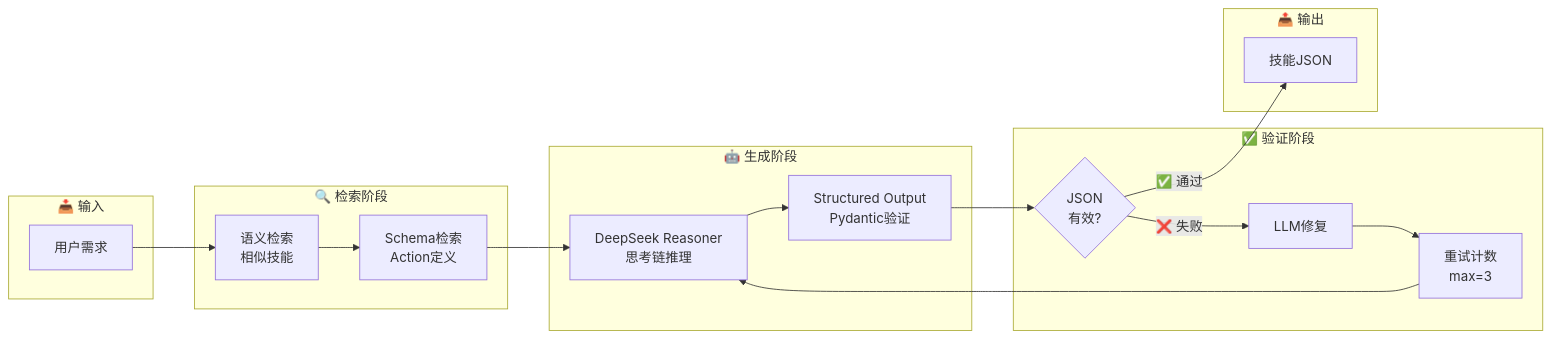
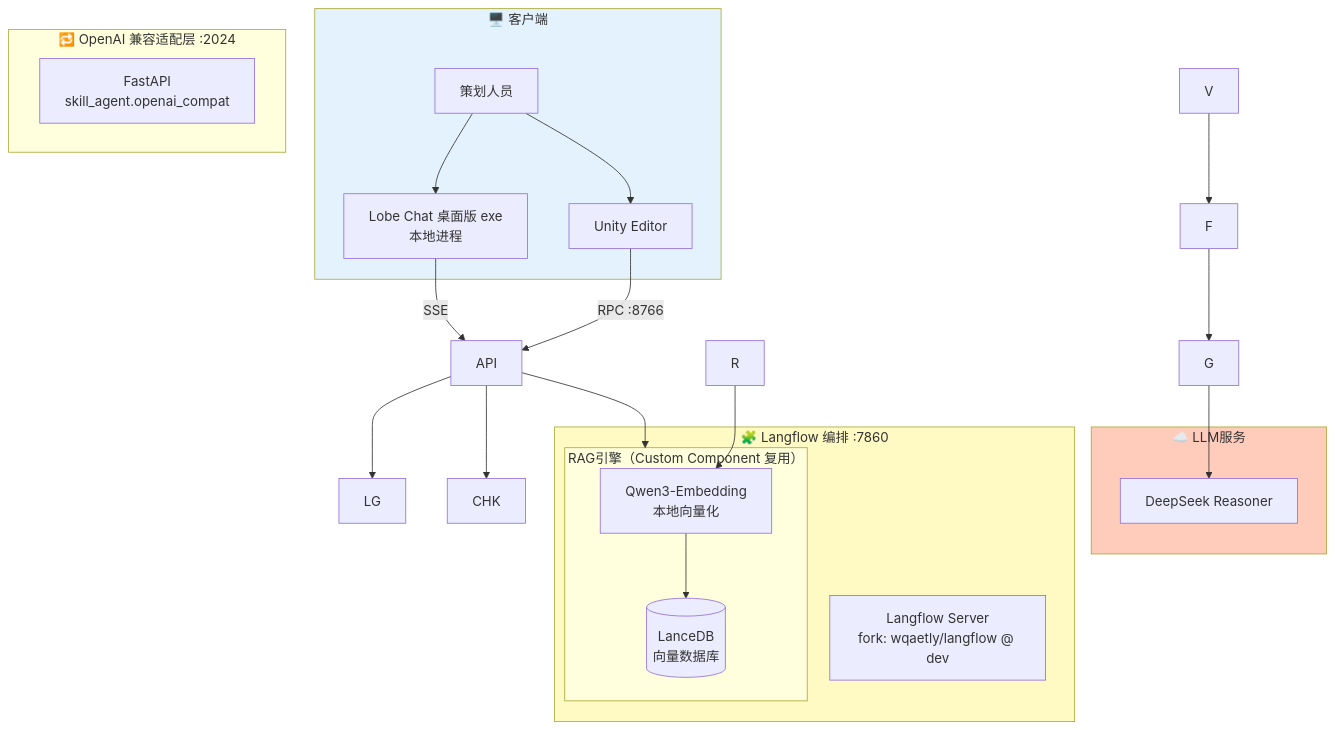
One commit to wqaetly/ai_agent_for_skill changed the third of 5 diagrams in README.md. Above: the diagram before and after it, drawn with Mermaid. The commit also changed other lines of this file and 191 other files, not shown here.

````diff
--- a/README.md
+++ b/README.md
@@ -195,30 +250,42 @@
 ```mermaid
-flowchart LR
-    subgraph Input["📥 输入"]
-        A[用户需求]
+flowchart TB
+    subgraph Client["🖥️ 客户端"]
+        U[策划人员]
+        WEB[Lobe Chat 桌面版 exe<br/>本地进程]
+        UNITY[Unity Editor]
     end
 
-    subgraph Retrieve["🔍 检索阶段"]
-        B[语义检索<br/>相似技能]
-        C[Schema检索<br/>Action定义]
+    subgraph Adapter["🔁 OpenAI 兼容适配层 :2024"]
+        ADP[FastAPI<br/>skill_agent.openai_compat]
     end
 
-    subgraph Generate["🤖 生成阶段"]
-        D[DeepSeek Reasoner<br/>思考链推理]
-        E[Structured Output<br/>Pydantic验证]
+    subgraph Backend["🧩 Langflow 编排 :7860"]
+        LF[Langflow Server<br/>fork: wqaetly/langflow @ dev]
+
+        subgraph RAG["RAG引擎（Custom Component 复用）"]
+            EMB[Qwen3-Embedding<br/>本地向量化]
+            VEC[(LanceDB<br/>向量数据库)]
+        end
     end
 
-    subgraph Validate["✅ 验证阶段"]
-        F{JSON<br/>有效?}
-        G[LLM修复]
-        H[重试计数<br/>max=3]
+    subgraph LLM["☁️ LLM服务"]
+        DS[DeepSeek Reasoner]
     end
 
-    subgraph Output["📤 输出"]
-        I[技能JSON]
-    end
+    U --> WEB
+    U --> UNITY
+    WEB -->|SSE| API
+    UNITY -->|RPC :8766| API
 
-    A --> B --> C --> D --> E --> F
-    F -->|✅ 通过| I
-    F -->|❌ 失败| G --> H --> D
+    API --> RAG
+    API --> LG
+    API --> CHK
+
+    R --> EMB --> VEC
+    G --> DS
+    V --> F --> G
+
+    style Client fill:#e3f2fd
+    style Backend fill:#fff9c4
+    style LLM fill:#ffccbc
 ```
````
